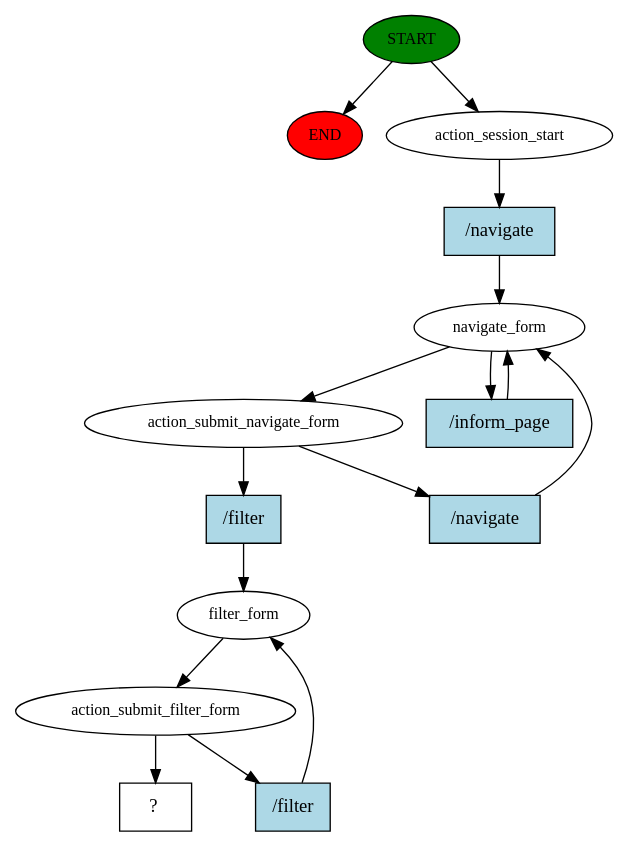
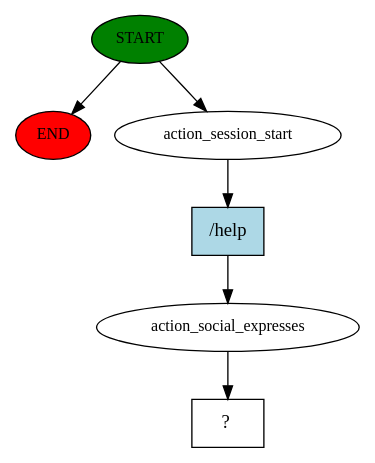
Before and after one commit to medAzizBennour/rasa_borhen: the diagram in story_graph.dot, drawn with Graphviz. The commit also changed 56 other files, not shown here.

```diff
--- a/story_graph.dot
+++ b/story_graph.dot
@@ -1,30 +1,13 @@
 digraph  {
 0 [class="start active", fillcolor=green, fontsize=12, label=START, style=filled];
 "-1" [class=end, fillcolor=red, fontsize=12, label=END, style=filled];
 1 [class=active, fontsize=12, label=action_session_start];
-2 [class=active, fontsize=12, label=navigate_form];
-3 [class=active, fontsize=12, label=action_submit_navigate_form];
-9 [class=active, fontsize=12, label=filter_form];
-10 [class=active, fontsize=12, label=action_submit_filter_form];
-13 [class="intent dashed active", label="  ?  ", shape=rect];
-14 [class="intent active", fillcolor=lightblue, label="/navigate", shape=rect, style=filled];
-15 [class="intent active", fillcolor=lightblue, label="/inform_page", shape=rect, style=filled];
-16 [class="intent active", fillcolor=lightblue, label="/navigate", shape=rect, style=filled];
-17 [class="intent active", fillcolor=lightblue, label="/filter", shape=rect, style=filled];
-18 [class="intent active", fillcolor=lightblue, label="/filter", shape=rect, style=filled];
+2 [class=active, fontsize=12, label=action_social_expresses];
+3 [class="intent dashed active", label="  ?  ", shape=rect];
+4 [class="intent active", fillcolor=lightblue, label="/help", shape=rect, style=filled];
 0 -> "-1"  [class="", key=NONE, label=""];
 0 -> 1  [class=active, key=NONE, label=""];
-1 -> 14  [class=active, key=0];
+1 -> 4  [class=active, key=0];
 2 -> 3  [class=active, key=NONE, label=""];
-2 -> 15  [class=active, key=0];
-3 -> 16  [class=active, key=0];
-3 -> 17  [class=active, key=0];
-9 -> 10  [class=active, key=NONE, label=""];
-10 -> 13  [class=active, key=NONE, label=""];
-10 -> 18  [class=active, key=0];
-14 -> 2  [class=active, key=0];
-15 -> 2  [class=active, key=0];
-16 -> 2  [class=active, key=0];
-17 -> 9  [class=active, key=0];
-18 -> 9  [class=active, key=0];
+4 -> 2  [class=active, key=0];
 }
```
